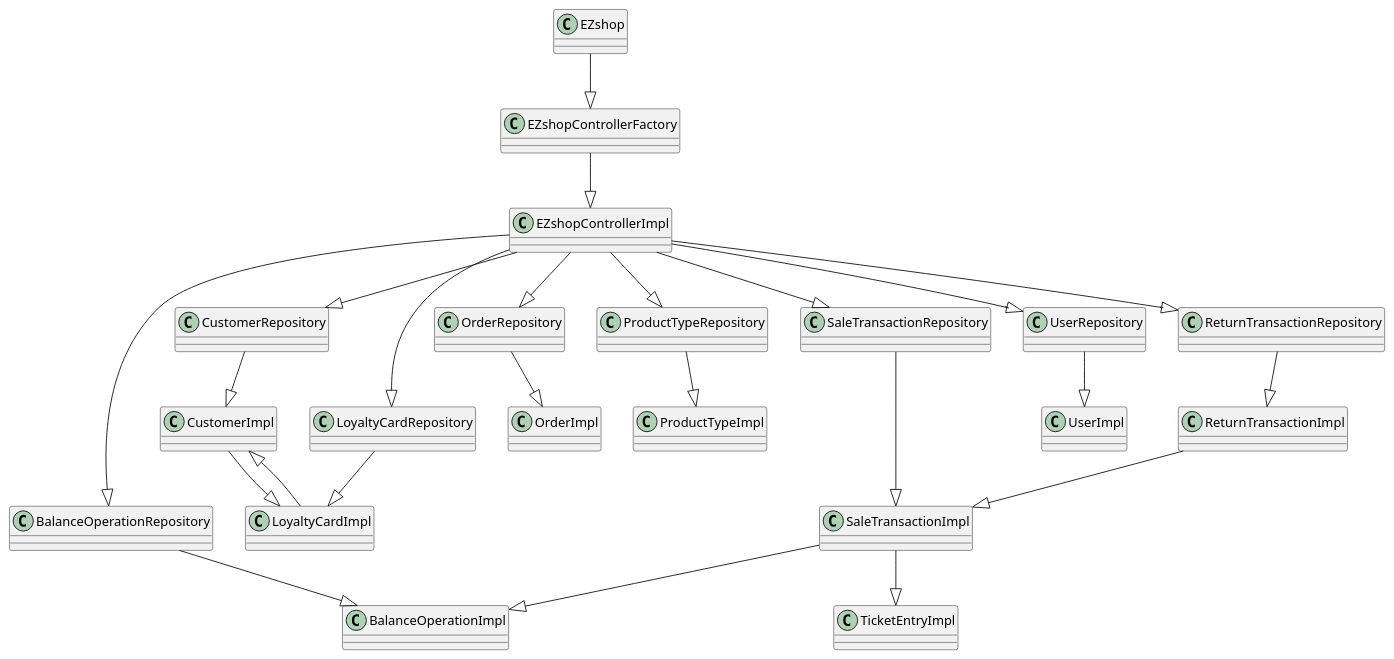
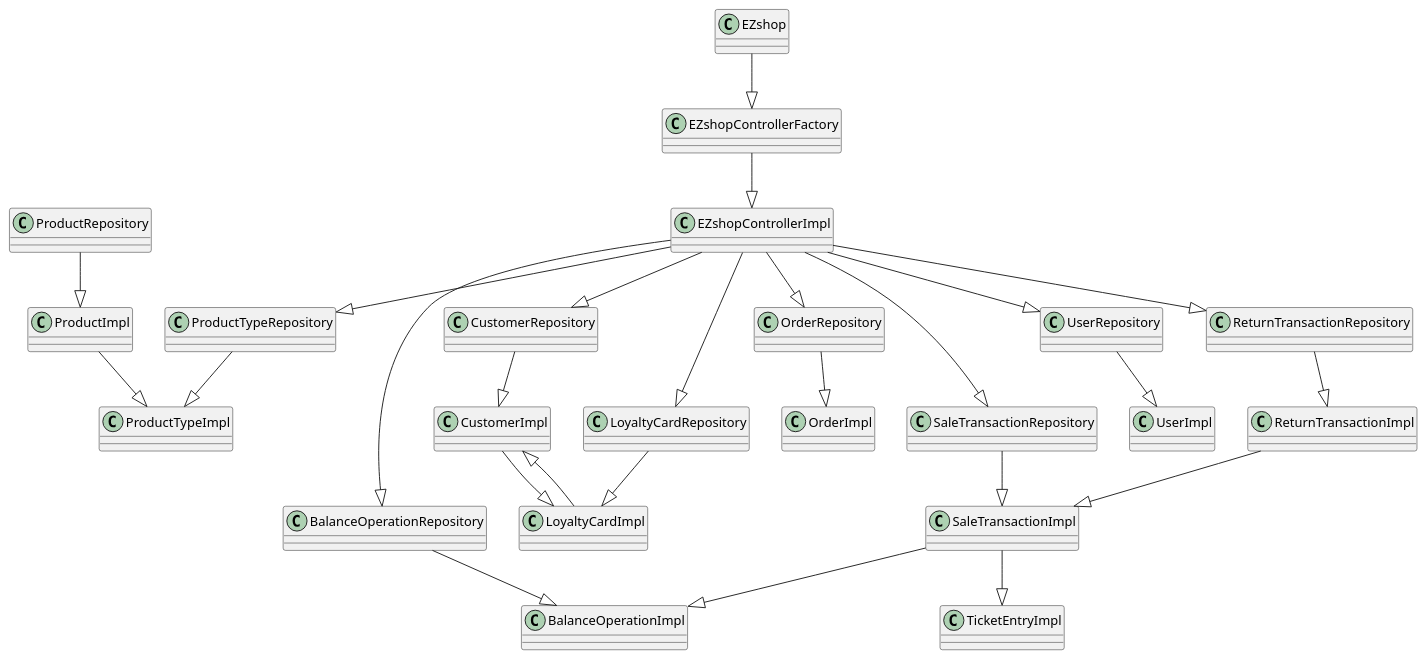
The diagram in Deliverables/IntegrationAPITestReport.md (mspronesti/ezshop), drawn with PlantUML before and after one commit. The commit also changed other lines of this file, not shown here.

```diff
--- a/Deliverables/IntegrationAPITestReport.md
+++ b/Deliverables/IntegrationAPITestReport.md
@@ -56,6 +56,10 @@
 
 class OrderRepository{}
 
+class ProductImpl{}
+
+class ProductRepository{}
+
 class ProductTypeImpl{}
 
 class ProductTypeRepository{}
@@ -80,12 +84,14 @@
 ReturnTransactionRepository --|> ReturnTransactionImpl
 SaleTransactionRepository --|> SaleTransactionImpl
 UserRepository --|> UserImpl
+ProductRepository --|> ProductImpl
 
 CustomerImpl --|> LoyaltyCardImpl
 LoyaltyCardImpl --|> CustomerImpl
 ReturnTransactionImpl --|> SaleTransactionImpl
 SaleTransactionImpl --|> BalanceOperationImpl
 SaleTransactionImpl --|> TicketEntryImpl
+ProductImpl --|> ProductTypeImpl
 
 EZshopControllerFactory --|> EZshopControllerImpl
 EZshop --|> EZshopControllerFactory
```
